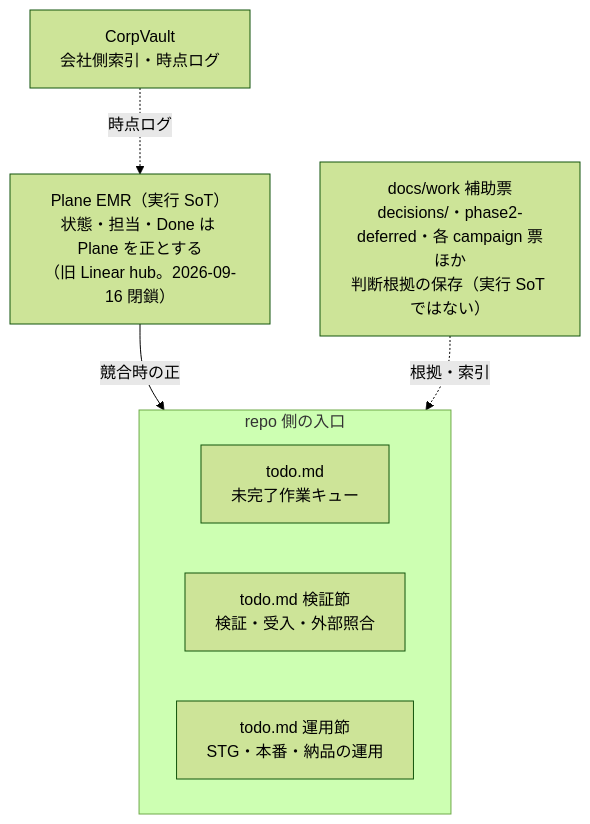
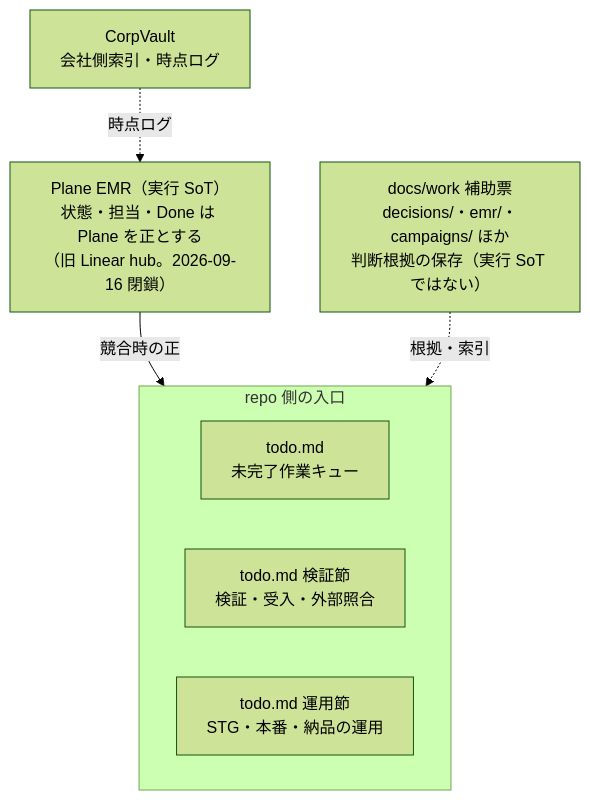
Before and after one commit to MinoruSoga/AnimalEkarte: the diagram in docs/work/README.md, drawn with Mermaid (forest theme). The commit also changed other lines of this file and 311 other files, not shown here.

````diff
--- a/docs/work/README.md
+++ b/docs/work/README.md
@@ -15,14 +15,14 @@
 ```mermaid
 flowchart TB
     L["Plane EMR（実行 SoT）<br>状態・担当・Done は Plane を正とする<br>（旧 Linear hub。2026-09-16 閉鎖）"]
     subgraph Repo["repo 側の入口"]
         T["todo.md<br>未完了作業キュー"]
         TV["todo.md 検証節<br>検証・受入・外部照合"]
         TO["todo.md 運用節<br>STG・本番・納品の運用"]
     end
-    W["docs/work 補助票<br>decisions/・phase2-deferred・各 campaign 票ほか<br>判断根拠の保存（実行 SoT ではない）"]
+    W["docs/work 補助票<br>decisions/・emr/・campaigns/ ほか<br>判断根拠の保存（実行 SoT ではない）"]
     CV["CorpVault<br>会社側索引・時点ログ"]
     L -->|競合時の正| Repo
     W -.->|根拠・索引| Repo
     CV -.->|時点ログ| L
 ```
````
